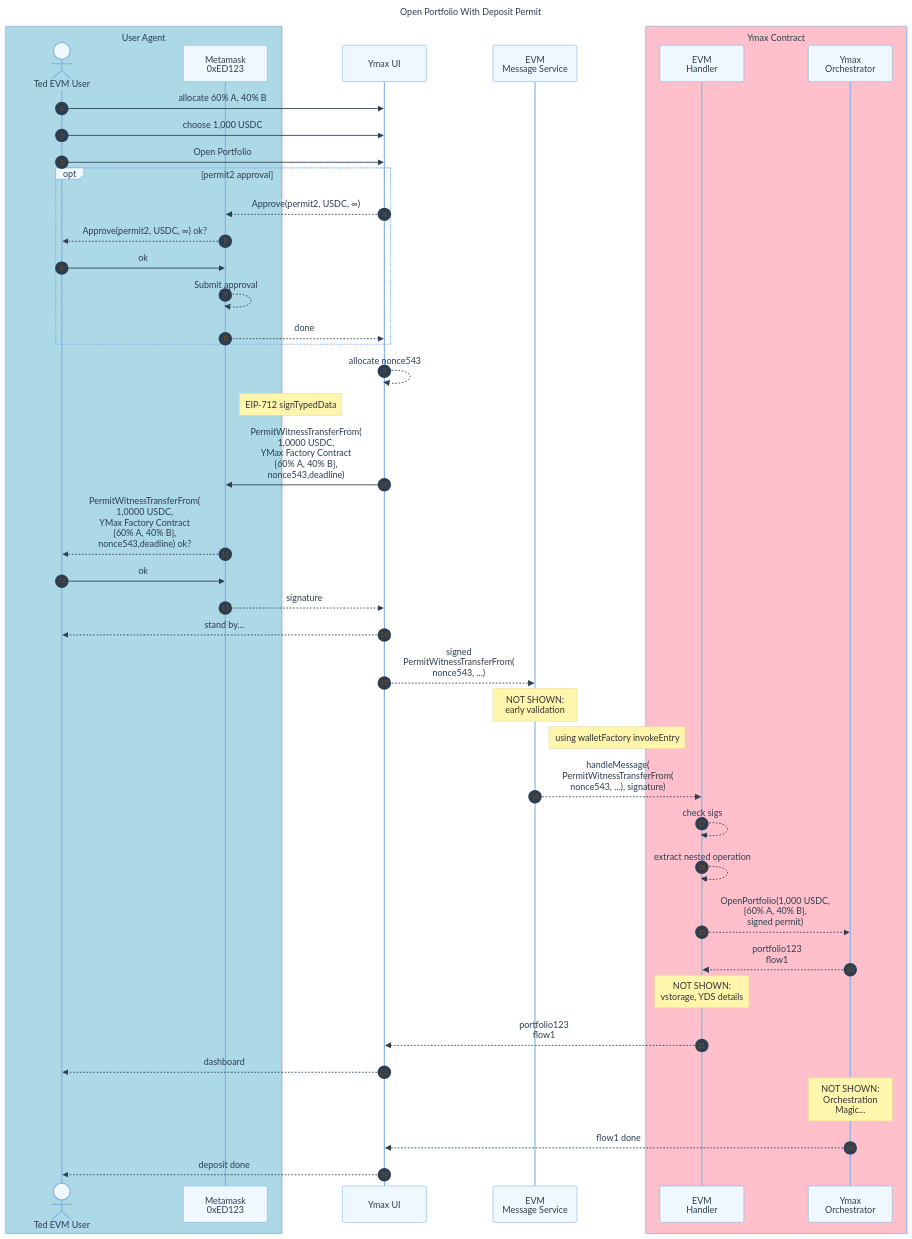
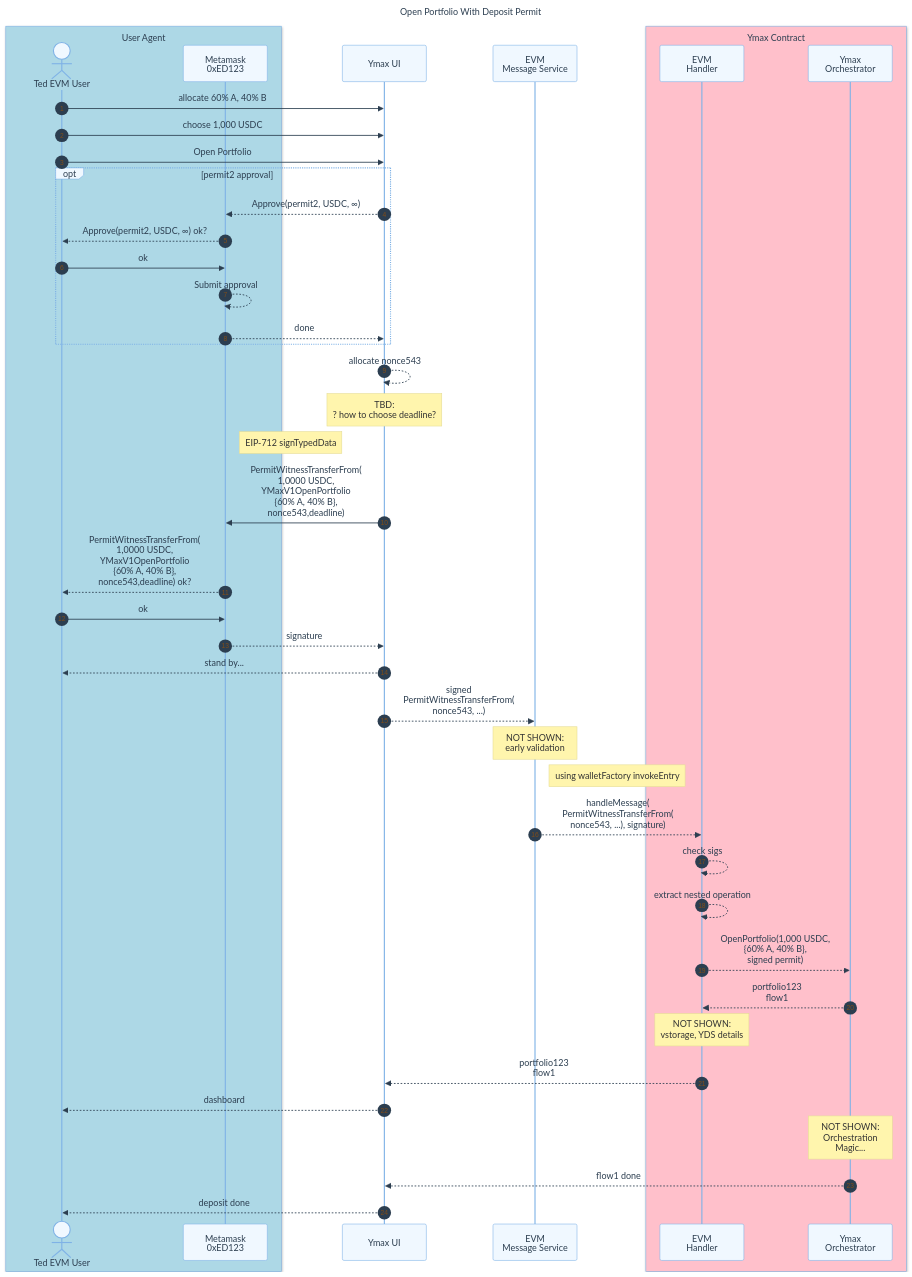
The third of 7 diagrams in packages/portfolio-contract/docs-design/evm-wallet.md (Agoric/agoric-sdk), drawn with Mermaid before and after one commit. The commit also changed other lines of this file, not shown here.

````diff
--- a/packages/portfolio-contract/docs-design/evm-wallet.md
+++ b/packages/portfolio-contract/docs-design/evm-wallet.md
@@ -117,66 +117,67 @@
 ```mermaid
 
 %%{init: {
   'theme': 'base',
   'themeVariables': {
     'primaryColor': '#f0f8ff',
     'primaryTextColor': '#2c3e50',
     'primaryBorderColor': '#7fb2e6',
     'lineColor': '#7fb2e6',
     'secondaryColor': '#f6f8fa',
     'tertiaryColor': '#fff5e6'
   }
 }}%%
 sequenceDiagram
   title Open Portfolio With Deposit Permit
   autonumber
   box lightblue User Agent
     actor U as Ted EVM User
     participant MM as Metamask<br/>0xED123
   end
   participant D as Ymax UI
   participant EMS as EVM<br/> Message Service
   %% [Where it runs]
   box Pink Ymax Contract
     participant EMH as EVM<br/>Handler
     participant YC as Ymax<br/>Orchestrator
   end
 
   %% Notation: ->> for initial message, -->> for consequences
 
   U->>D: allocate 60% A, 40% B
   U->>D: choose 1,000 USDC
   U->>D: Open Portfolio
 
   opt permit2 approval
     D-->>MM: Approve(permit2, USDC, ∞)
     MM-->>U: Approve(permit2, USDC, ∞) ok?
     U->>MM: ok
     MM-->>MM: Submit approval
     MM-->>D: done
   end
 
   D-->>D: allocate nonce543
+  note over D: TBD:<br/>? how to choose deadline?
   note right of MM: EIP-712 signTypedData
-  D->>MM: PermitWitnessTransferFrom(<br/>1,0000 USDC,<br/>YMax Factory Contract<br/>{60% A, 40% B},<br/>nonce543,deadline)
-  MM-->>U: PermitWitnessTransferFrom(<br/>1,0000 USDC,<br/>YMax Factory Contract<br/>{60% A, 40% B},<br/>nonce543,deadline) ok?
+  D->>MM: PermitWitnessTransferFrom(<br/>1,0000 USDC,<br/>YMaxV1OpenPortfolio<br/>{60% A, 40% B},<br/>nonce543,deadline)
+  MM-->>U: PermitWitnessTransferFrom(<br/>1,0000 USDC,<br/>YMaxV1OpenPortfolio<br/>{60% A, 40% B},<br/>nonce543,deadline) ok?
   U->>MM: ok
   MM-->>D: signature
 
   D-->>U: stand by...
 
   D -->> EMS: signed<br/>PermitWitnessTransferFrom(<br/>nonce543, ...)
   note over EMS: NOT SHOWN:<br/>early validation
   note right of EMS: using walletFactory invokeEntry
   EMS -->> EMH: handleMessage(<br/>PermitWitnessTransferFrom(<br/>nonce543, ...), signature)
   EMH -->> EMH: check sigs
   EMH -->> EMH: extract nested operation
   EMH -->> YC: OpenPortfolio(1,000 USDC,<br/>{60% A, 40% B},<br/>signed permit)
   YC -->> EMH: portfolio123<br/>flow1
   note over EMH: NOT SHOWN:<br/>vstorage, YDS details
   EMH -->> D: portfolio123<br/>flow1
   D -->> U: dashboard
   note over YC: NOT SHOWN:<br/>Orchestration<br/>Magic...
   YC-->> D: flow1 done
   D -->> U: deposit done
 ```
````
